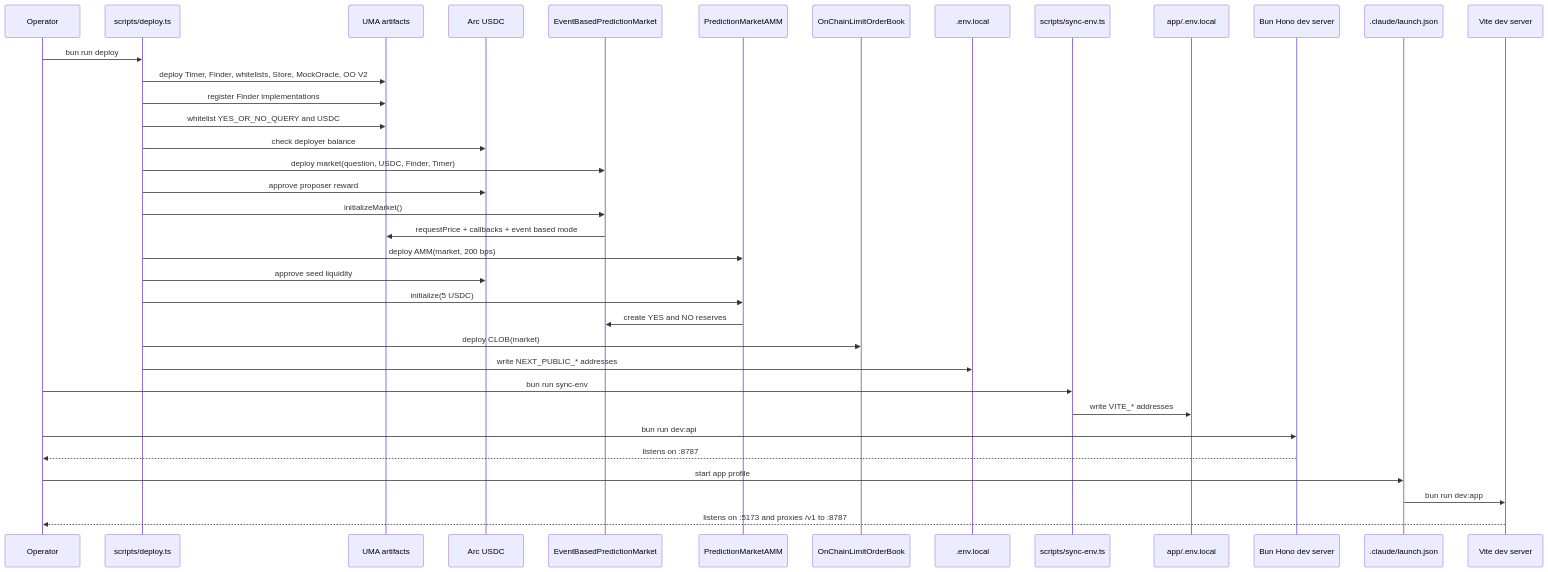
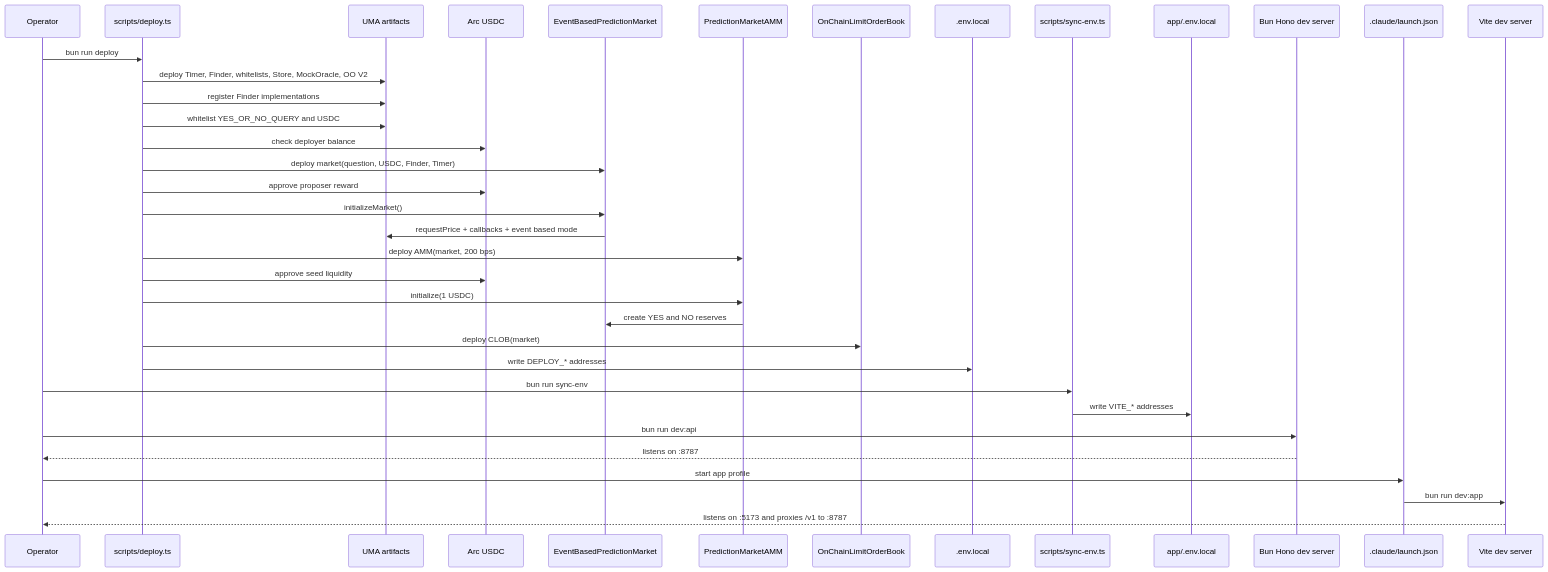
The fourth of 5 diagrams in docs/architecture-ascii-mermaid.md (Kirashchuk/Predict-Edge), drawn with Mermaid before and after one commit. The commit also changed other lines of this file and 50 other files, not shown here.

````diff
--- a/docs/architecture-ascii-mermaid.md
+++ b/docs/architecture-ascii-mermaid.md
@@ -193,39 +187,39 @@
 ```mermaid
 sequenceDiagram
     participant Op as Operator
     participant Deploy as scripts/deploy.ts
     participant UMA as UMA artifacts
     participant USDC as Arc USDC
     participant MKT as EventBasedPredictionMarket
     participant AMM as PredictionMarketAMM
     participant CLOB as OnChainLimitOrderBook
     participant Env as .env.local
     participant Sync as scripts/sync-env.ts
     participant AppEnv as app/.env.local
     participant Api as Bun Hono dev server
     participant Launch as .claude/launch.json
     participant Vite as Vite dev server
 
     Op->>Deploy: bun run deploy
     Deploy->>UMA: deploy Timer, Finder, whitelists, Store, MockOracle, OO V2
     Deploy->>UMA: register Finder implementations
     Deploy->>UMA: whitelist YES_OR_NO_QUERY and USDC
     Deploy->>USDC: check deployer balance
     Deploy->>MKT: deploy market(question, USDC, Finder, Timer)
     Deploy->>USDC: approve proposer reward
     Deploy->>MKT: initializeMarket()
     MKT->>UMA: requestPrice + callbacks + event based mode
     Deploy->>AMM: deploy AMM(market, 200 bps)
     Deploy->>USDC: approve seed liquidity
-    Deploy->>AMM: initialize(5 USDC)
+    Deploy->>AMM: initialize(1 USDC)
     AMM->>MKT: create YES and NO reserves
     Deploy->>CLOB: deploy CLOB(market)
-    Deploy->>Env: write NEXT_PUBLIC_* addresses
+    Deploy->>Env: write DEPLOY_* addresses
     Op->>Sync: bun run sync-env
     Sync->>AppEnv: write VITE_* addresses
     Op->>Api: bun run dev:api
     Api-->>Op: listens on :8787
     Op->>Launch: start app profile
     Launch->>Vite: bun run dev:app
     Vite-->>Op: listens on :5173 and proxies /v1 to :8787
 ```
````
